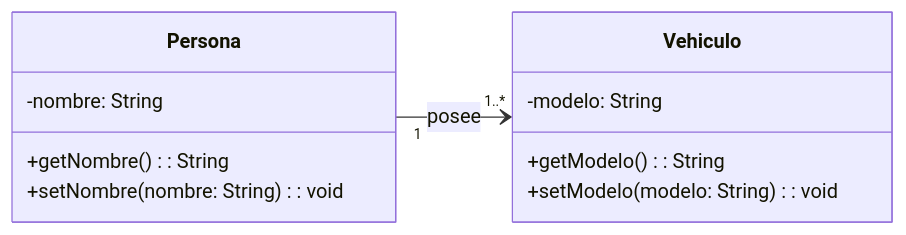
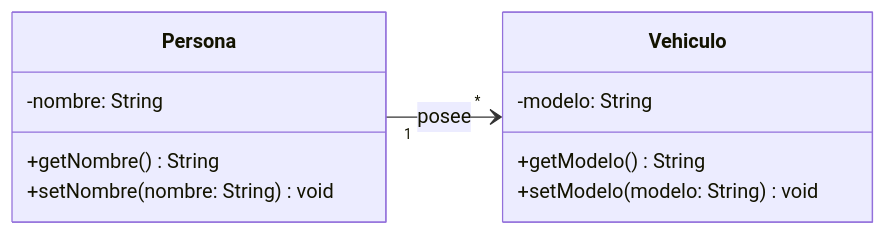
One commit to danielmartinan/entornos_desarrollo_2024-25 changed the sixth of 28 diagrams in UD4 - Introducción a POO, diagramas UML y diagramas de clases/ud04_2_notacion_uml_diagramas_clases.md. Above: the diagram before and after it, drawn with Mermaid. The commit also changed other lines of this file and 2 other files, not shown here.

Commit message:
Movido pasos para crear un diagrama de clases a partir de la definición del problema de ud04_3 a ud04_2

````diff
--- a/UD4 - Introducción a POO, diagramas UML y diagramas de clases/ud04_2_notacion_uml_diagramas_clases.md
+++ b/UD4 - Introducción a POO, diagramas UML y diagramas de clases/ud04_2_notacion_uml_diagramas_clases.md
@@ -145,18 +155,18 @@
 ``` mermaid
 classDiagram
     direction LR
     class Persona {
         -nombre: String
-        +getNombre(): String
-        +setNombre(nombre: String): void
+        +getNombre() String
+        +setNombre(nombre: String) void
     }
 
     class Vehiculo {
         -modelo: String
-        +getModelo(): String
-        +setModelo(modelo: String): void
+        +getModelo() String
+        +setModelo(modelo: String) void
     }
 
-    Persona "1" --> "1..*" Vehiculo: posee
+    Persona "1" --> "*" Vehiculo: posee
 
 ``` 
````
